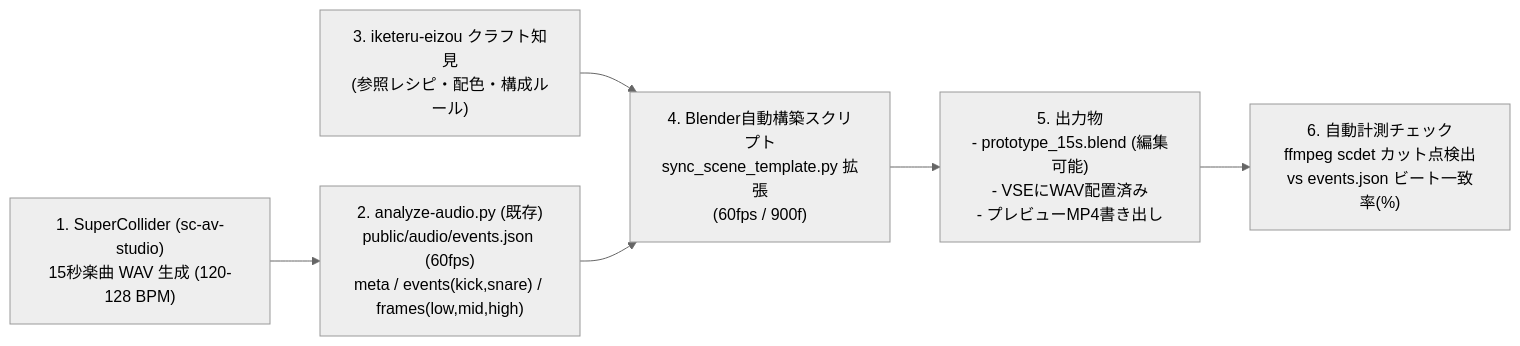
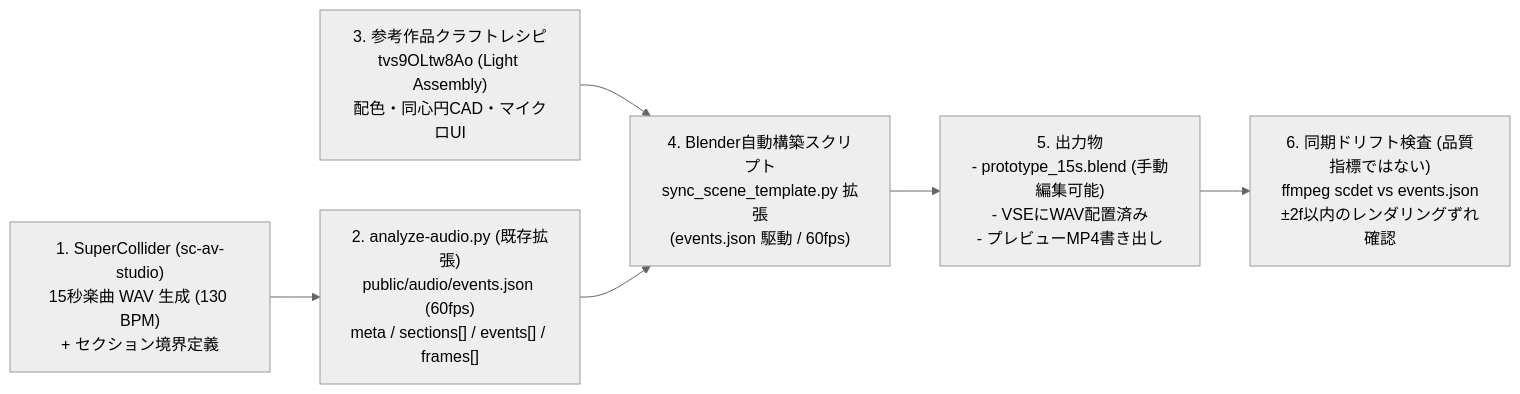
One commit to aseaseproduction-a11y/iketeru-eizou changed the diagram in docs/PROTOTYPE_15S_AV_PLAN.md. Above: the diagram before and after it, drawn with Mermaid (neutral theme). The commit also changed other lines of this file and 19 other files, not shown here.

````diff
--- a/docs/PROTOTYPE_15S_AV_PLAN.md
+++ b/docs/PROTOTYPE_15S_AV_PLAN.md
@@ -23,8 +25,8 @@
 ```mermaid
 flowchart LR
-  A["1. SuperCollider (sc-av-studio)\n15秒楽曲 WAV 生成 (120-128 BPM)"] --> B["2. analyze-audio.py (既存)\npublic/audio/events.json (60fps)\nmeta / events(kick,snare) / frames(low,mid,high)"]
-  C["3. iketeru-eizou クラフト知見\n(参照レシピ・配色・構成ルール)"] --> D["4. Blender自動構築スクリプト\nsync_scene_template.py 拡張\n(60fps / 900f)"]
+  A["1. SuperCollider (sc-av-studio)\n15秒楽曲 WAV 生成 (130 BPM)\n+ セクション境界定義"] --> B["2. analyze-audio.py (既存拡張)\npublic/audio/events.json (60fps)\nmeta / sections[] / events[] / frames[]"]
+  C["3. 参考作品クラフトレシピ\ntvs9OLtw8Ao (Light Assembly)\n配色・同心円CAD・マイクロUI"] --> D["4. Blender自動構築スクリプト\nsync_scene_template.py 拡張\n(events.json 駆動 / 60fps)"]
   B --> D
-  D --> E["5. 出力物\n- prototype_15s.blend (編集可能)\n- VSEにWAV配置済み\n- プレビューMP4書き出し"]
-  E --> F["6. 自動計測チェック\nffmpeg scdet カット点検出\nvs events.json ビート一致率(%)"]
+  D --> E["5. 出力物\n- prototype_15s.blend (手動編集可能)\n- VSEにWAV配置済み\n- プレビューMP4書き出し"]
+  E --> F["6. 同期ドリフト検査 (品質指標ではない)\nffmpeg scdet vs events.json\n±2f以内のレンダリングずれ確認"]
 ```
````
